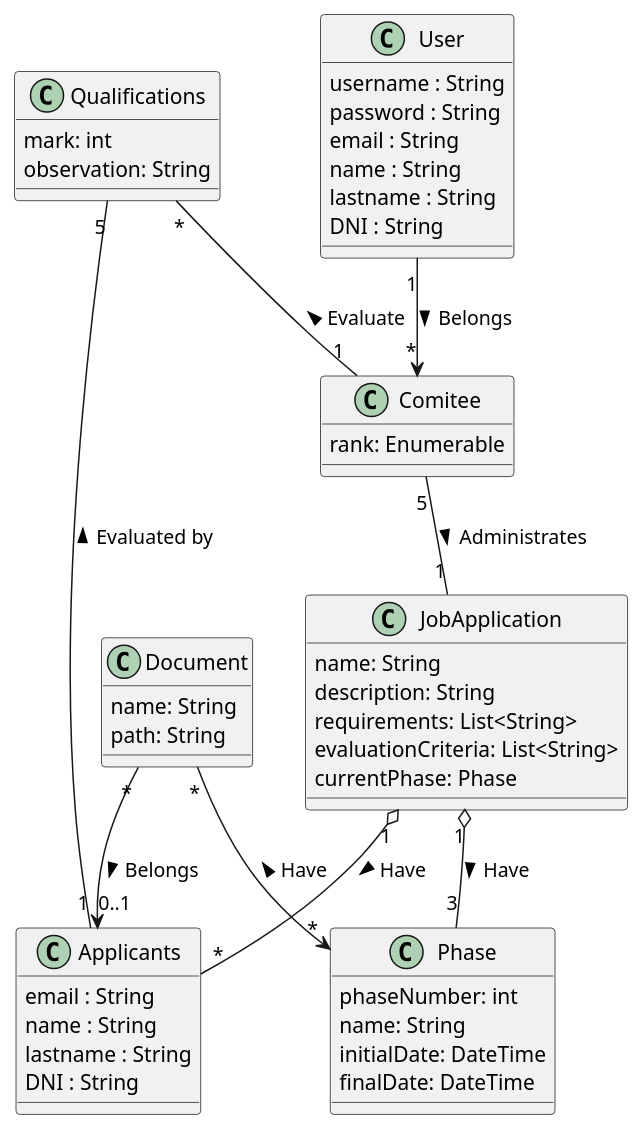
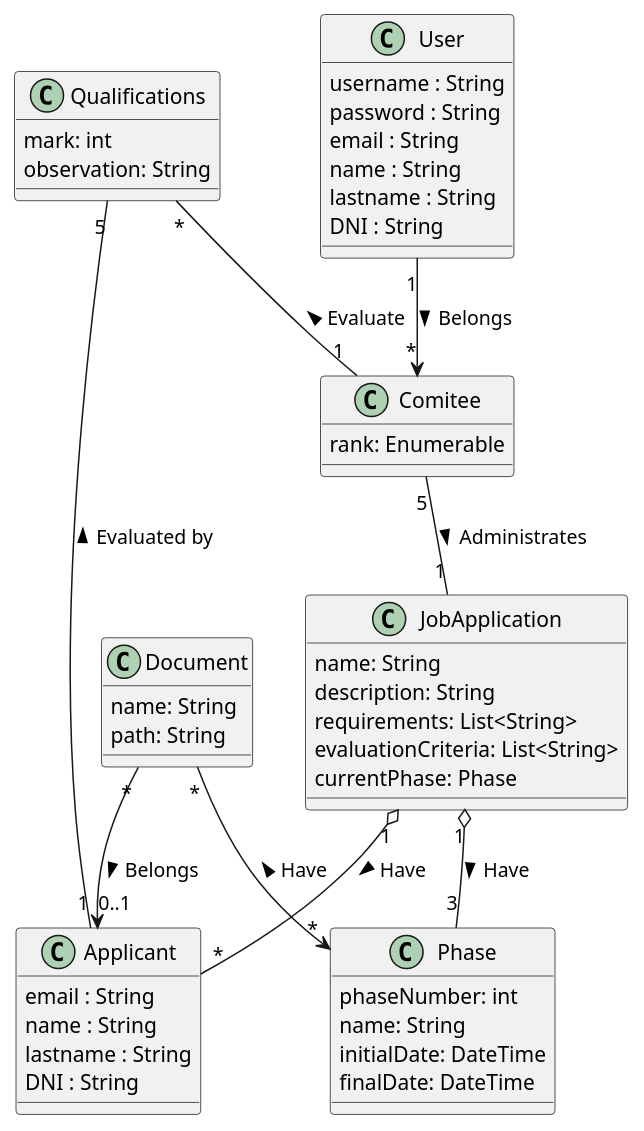
One commit to UdL-EPS-SoftArch/AcademicRecruitAPI-GEI changed the diagram in uml.puml. Above: the diagram before and after it, drawn with PlantUML.

```diff
--- a/uml.puml
+++ b/uml.puml
@@ -1,57 +1,57 @@
 @startuml
 class User{
         username : String
         password : String
         email : String
         name : String
         lastname : String
         DNI : String
 }
 class Comitee{
   rank: Enumerable
 }
 
 
 
 class JobApplication {
 name: String
 description: String
 requirements: List<String>
 evaluationCriteria: List<String>
 currentPhase: Phase
 }
 
 class Phase {
 phaseNumber: int
 name: String
 initialDate: DateTime
 finalDate: DateTime
 }
-class Applicants {
+class Applicant {
         email : String
         name : String
         lastname : String
         DNI : String
 }
 class Qualifications {
 mark: int
 observation: String
 }
 class Document {
 name: String
 path: String
 }
 
 User "1" --> "*" Comitee:Belongs >
 
 Qualifications "*" -- "1" Comitee:Evaluate <
 
 Comitee "5" -- "1" JobApplication:Administrates >
 
 Document "*" --> "*" Phase:Have <
 JobApplication "1" o-- "3" Phase:Have > 
 
-JobApplication "1" o-- "*" Applicants:Have >
-Qualifications "5" -- "1" Applicants:Evaluated by < 
-Document "*" --> "0..1" Applicants:Belongs >
+JobApplication "1" o-- "*" Applicant:Have >
+Qualifications "5" -- "1" Applicant:Evaluated by < 
+Document "*" --> "0..1" Applicant:Belongs >
 @enduml
```
